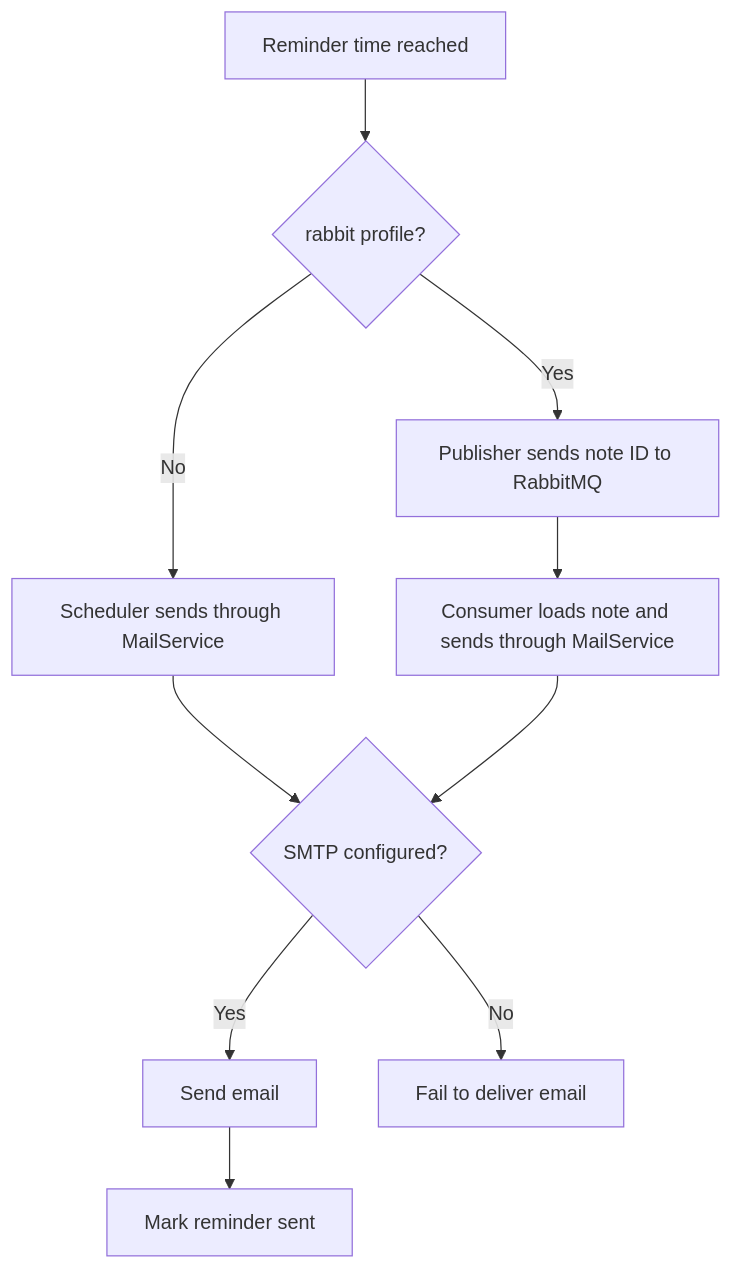
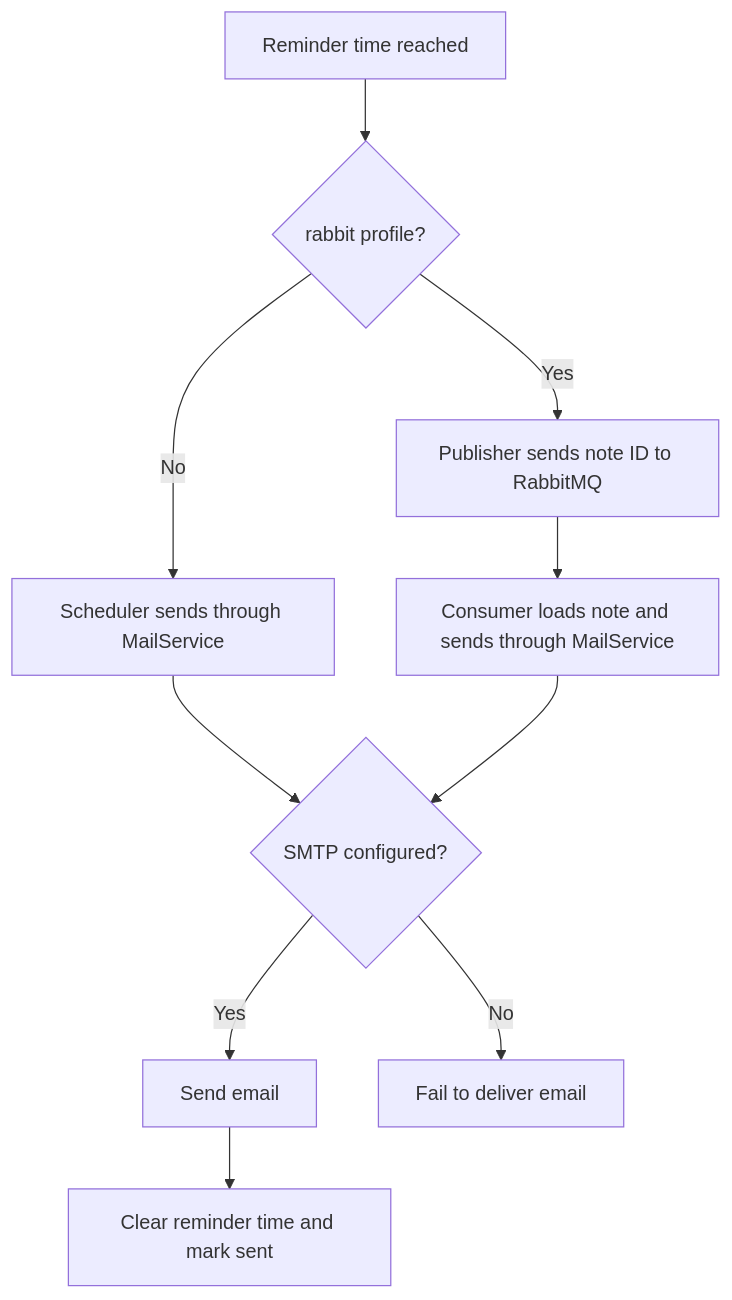
One commit to Mihir-Lakhani/Bridgelabz-Fundoo-Notes changed the fourth of 5 diagrams in README.md. Above: the diagram before and after it, drawn with Mermaid. The commit also changed other lines of this file, not shown here.

Commit message:
[Mihir Lakhani] : Document triggered reminder cleanup

````diff
--- a/README.md
+++ b/README.md
@@ -225,12 +225,12 @@
 ```mermaid
 flowchart TD
     Due["Reminder time reached"] --> Mode{"rabbit profile?"}
     Mode -->|No| Direct["Scheduler sends through MailService"]
     Mode -->|Yes| Publish["Publisher sends note ID to RabbitMQ"]
     Publish --> Consume["Consumer loads note and sends through MailService"]
     Direct --> Output{"SMTP configured?"}
     Consume --> Output
     Output -->|Yes| Email["Send email"]
     Output -->|No| Fail["Fail to deliver email"]
-    Email --> Sent["Mark reminder sent"]
+    Email --> Sent["Clear reminder time and mark sent"]
 ```
````
